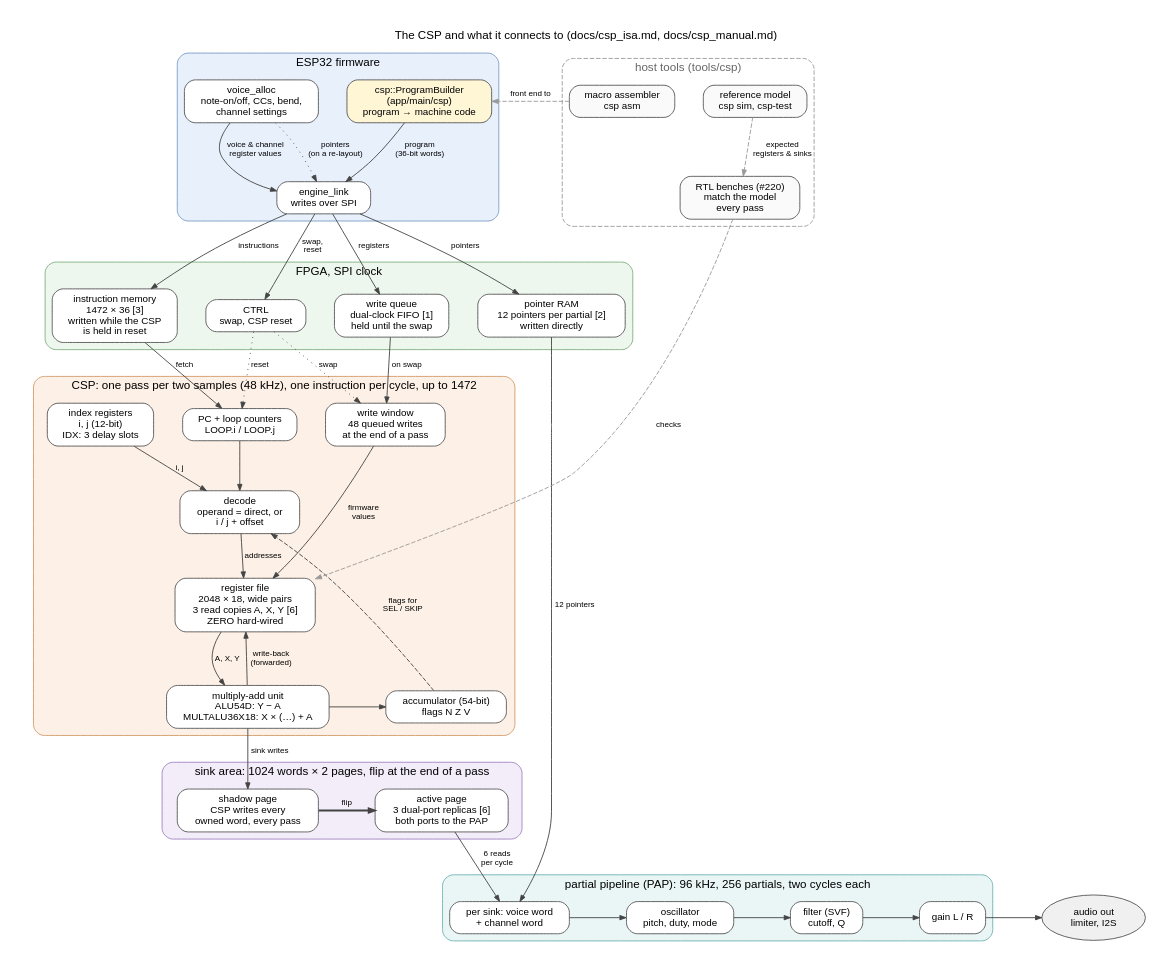
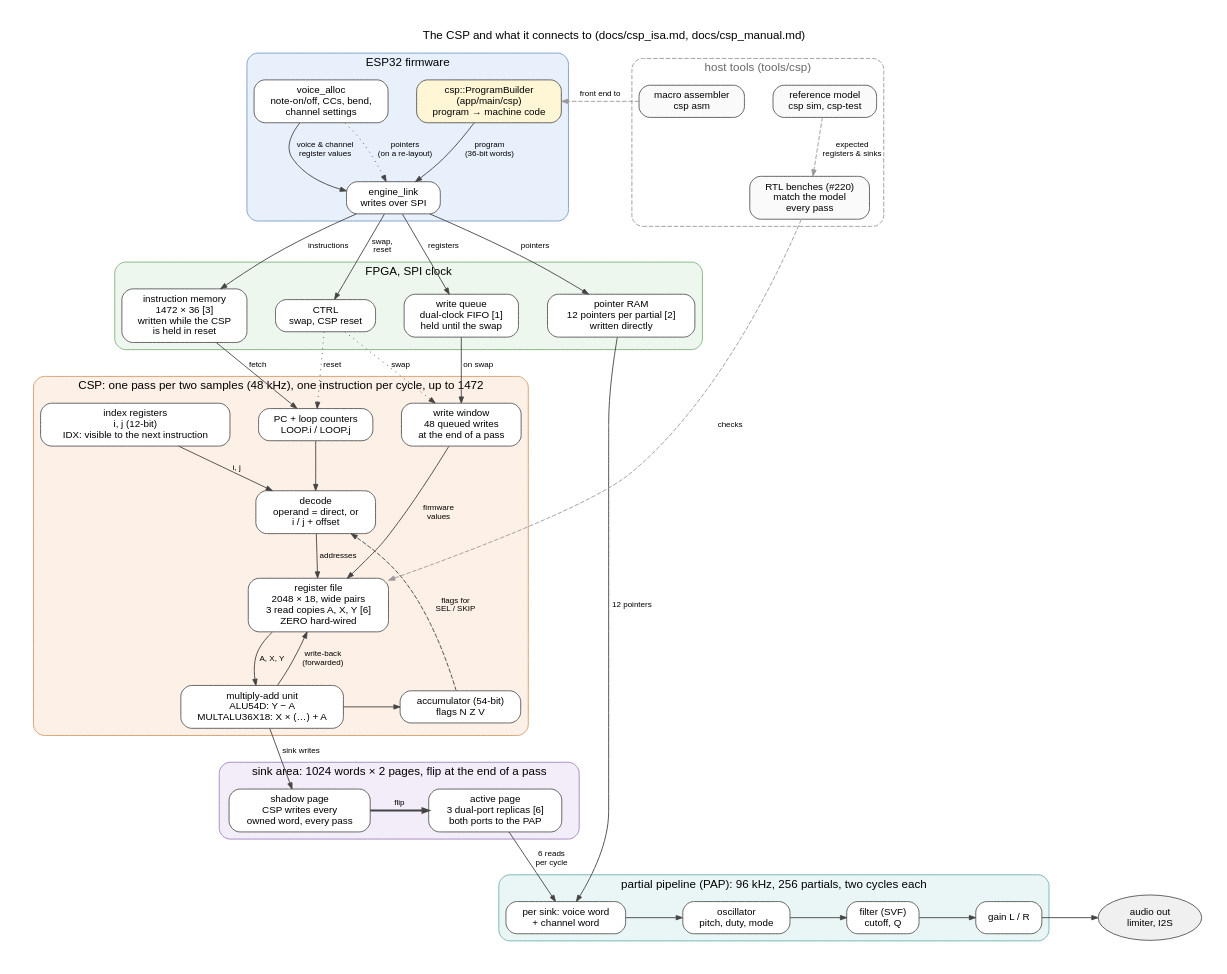
One commit to Thorwegian/noaidi-fpga-synth changed the diagram in docs/images/csp_map.dot. Above: the diagram before and after it, drawn with Graphviz. The commit also changed 12 other files, not shown here.

First line of the commit message:
rtl/csp: a linear two-cycle core, no delay slots (#220)

```diff
--- a/docs/images/csp_map.dot
+++ b/docs/images/csp_map.dot
@@ -1,116 +1,116 @@
 // csp_map.dot — the CSP and everything it connects to (#184, #219)
 //
 // Copyright © 2026 Thor H. Linløkken <thj@thj.no>
 // License: CERN-OHL-S v2
 //
 // Regenerate:  dot -Tpng -Gdpi=150 docs/images/csp_map.dot -o docs/images/csp_map.png
 //
 // Top to bottom is the data's way: the firmware builds a program and
 // writes settings; SPI carries them into the FPGA; the CSP turns them
 // into control signals once per pass (48 kHz); the partial pipeline
 // reads those, twice per sample's partial slot, and makes sound (96 kHz).
 // Solid edges carry data in the running synth; dashed ones are the host
 // tools that check it. Numbers in brackets are BSRAM blocks.
 
 digraph csp_map {
     graph [rankdir=TB, fontname="Helvetica", fontsize=13, nodesep=0.45, ranksep=0.55,
            newrank=true, splines=spline, pad=0.3,
            label="The CSP and what it connects to (docs/csp_isa.md, docs/csp_manual.md)",
            labelloc=t];
     node  [shape=box, style="rounded,filled", fontname="Helvetica", fontsize=11,
            fillcolor="#ffffff", color="#555555", margin="0.15,0.08"];
     edge  [fontname="Helvetica", fontsize=9, color="#444444", arrowsize=0.7];
 
     // ---- ESP32 ----------------------------------------------------------------
     subgraph cluster_esp32 {
         label="ESP32 firmware"; style="rounded,filled"; fillcolor="#e8f0fb"; color="#7a9cc6";
         voices   [label="voice_alloc\nnote-on/off, CCs, bend,\nchannel settings"];
         builder  [label="csp::ProgramBuilder\n(app/main/csp)\nprogram → machine code", fillcolor="#fff6d6"];
         link     [label="engine_link\nwrites over SPI"];
         voices  -> link [label="voice & channel\nregister values"];
         builder -> link [label="program\n(36-bit words)"];
         voices  -> link [label="pointers\n(on a re-layout)", style=dotted];
     }
 
     // ---- SPI side of the FPGA (SPI clock) -------------------------------------------
     subgraph cluster_spi {
         label="FPGA, SPI clock"; style="rounded,filled"; fillcolor="#eef7ee"; color="#7fb07f";
         queue    [label="write queue\ndual-clock FIFO [1]\nheld until the swap"];
         imem     [label="instruction memory\n1472 × 36 [3]\nwritten while the CSP\nis held in reset"];
         pointers [label="pointer RAM\n12 pointers per partial [2]\nwritten directly"];
         ctrl     [label="CTRL\nswap, CSP reset"];
     }
     link -> queue    [label="registers"];
     link -> imem     [label="instructions"];
     link -> pointers [label="pointers"];
     link -> ctrl     [label="swap,\nreset"];
 
     // ---- the CSP (system clock, one pass per two samples) ---------------------------------
     subgraph cluster_csp {
         label="CSP: one pass per two samples (48 kHz), one instruction per cycle, up to 1472"; style="rounded,filled";
         fillcolor="#fdf0e6"; color="#d29a6a";
         pc       [label="PC + loop counters\nLOOP.i / LOOP.j"];
         decode   [label="decode\noperand = direct, or\ni / j + offset"];
-        index    [label="index registers\ni, j (12-bit)\nIDX: 3 delay slots"];
+        index    [label="index registers\ni, j (12-bit)\nIDX: visible to the next instruction"];
         regfile  [label="register file\n2048 × 18, wide pairs\n3 read copies A, X, Y [6]\nZERO hard-wired"];
         alu      [label="multiply-add unit\nALU54D: Y − A\nMULTALU36X18: X × (…) + A"];
         accflags [label="accumulator (54-bit)\nflags N Z V"];
         window   [label="write window\n48 queued writes\nat the end of a pass"];
         pc -> decode;
         index -> decode [label="i, j"];
         decode -> regfile [label="addresses"];
         regfile -> alu [label="A, X, Y"];
         alu -> accflags;
         alu -> regfile [label="write-back\n(forwarded)"];
         accflags -> decode [label="flags for\nSEL / SKIP", style=dashed, constraint=false];
         window -> regfile [label="firmware\nvalues"];
     }
     imem  -> pc     [label="fetch"];
     queue -> window [label="on swap"];
     ctrl  -> window [label="swap", style=dotted];
     ctrl  -> pc     [label="reset", style=dotted];
 
     // ---- the sink area (paged) ------------------------------------------------------------
     subgraph cluster_sinks {
         label="sink area: 1024 words × 2 pages, flip at the end of a pass"; style="rounded,filled";
         fillcolor="#f3ecf9"; color="#a083c0";
         shadow [label="shadow page\nCSP writes every\nowned word, every pass"];
         active [label="active page\n3 dual-port replicas [6]\nboth ports to the PAP"];
         shadow -> active [label="flip", style=bold];
     }
     alu -> shadow [label="sink writes"];
 
     // ---- the partial pipeline (96 kHz) ---------------------------------------------------------
     subgraph cluster_pap {
         label="partial pipeline (PAP): 96 kHz, 256 partials, two cycles each"; style="rounded,filled";
         fillcolor="#eaf6f6"; color="#6fb1b1";
         sum    [label="per sink: voice word\n+ channel word"];
         osc    [label="oscillator\npitch, duty, mode"];
         svf    [label="filter (SVF)\ncutoff, Q"];
         gain   [label="gain L / R"];
         sum -> osc -> svf -> gain;
     }
     pointers -> sum [label="12 pointers"];
     active   -> sum [label="6 reads\nper cycle"];
     audio [label="audio out\nlimiter, I2S", shape=ellipse, fillcolor="#f0f0f0"];
     gain -> audio;
 
     // ---- host tools (they check the design; they don't run in it) -------------------------------
     subgraph cluster_host {
         label="host tools (tools/csp)"; style="rounded,dashed"; color="#999999"; fontcolor="#666666";
         assembler [label="macro assembler\ncsp asm", fillcolor="#fafafa"];
         model     [label="reference model\ncsp sim, csp-test", fillcolor="#fafafa"];
         bench     [label="RTL benches (#220)\nmatch the model\nevery pass", fillcolor="#fafafa"];
     }
     assembler -> builder [label="front end to", style=dashed, color="#999999"];
     model -> bench [label="expected\nregisters & sinks", style=dashed, color="#999999"];
     bench -> regfile [label="checks", style=dashed, color="#999999", constraint=false];
 
     // Rows: each stage of the way side by side, so the map balances.
     {rank=same; voices; builder; assembler}
     {rank=same; queue; imem; pointers; ctrl}
     {rank=same; pc; index; window}
     {rank=same; alu; accflags}
     {rank=same; shadow; active}
     {rank=same; sum; osc; svf; gain; audio}
 }
```
